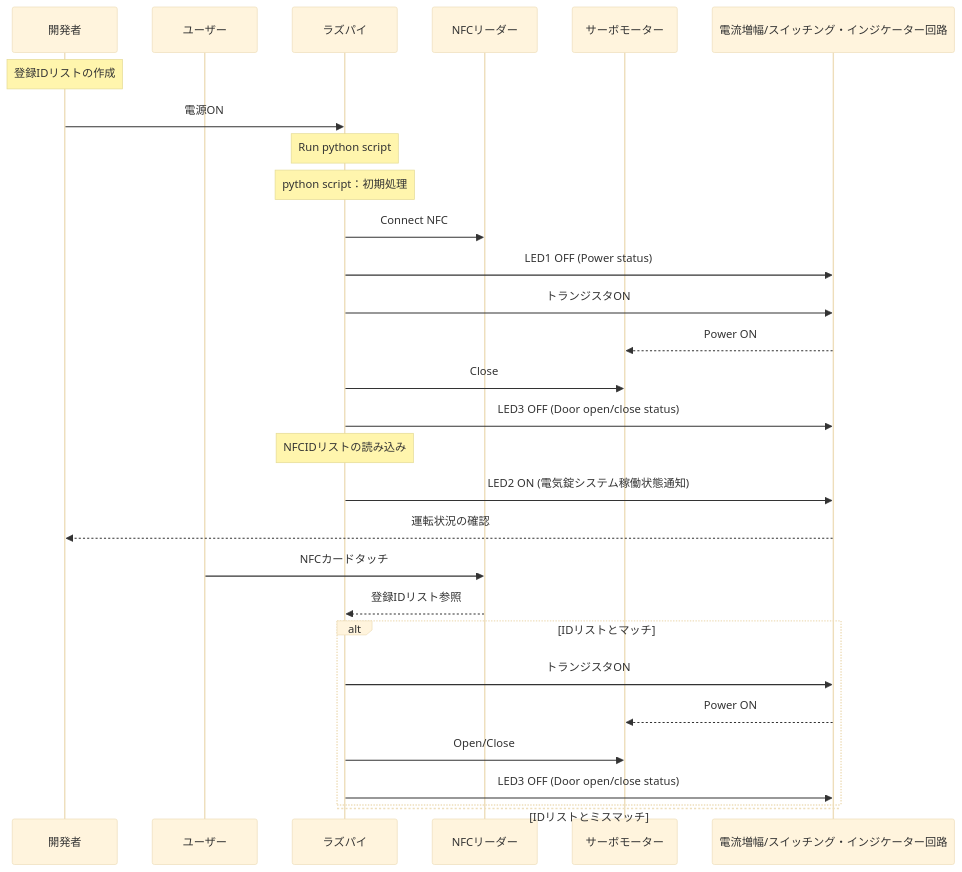
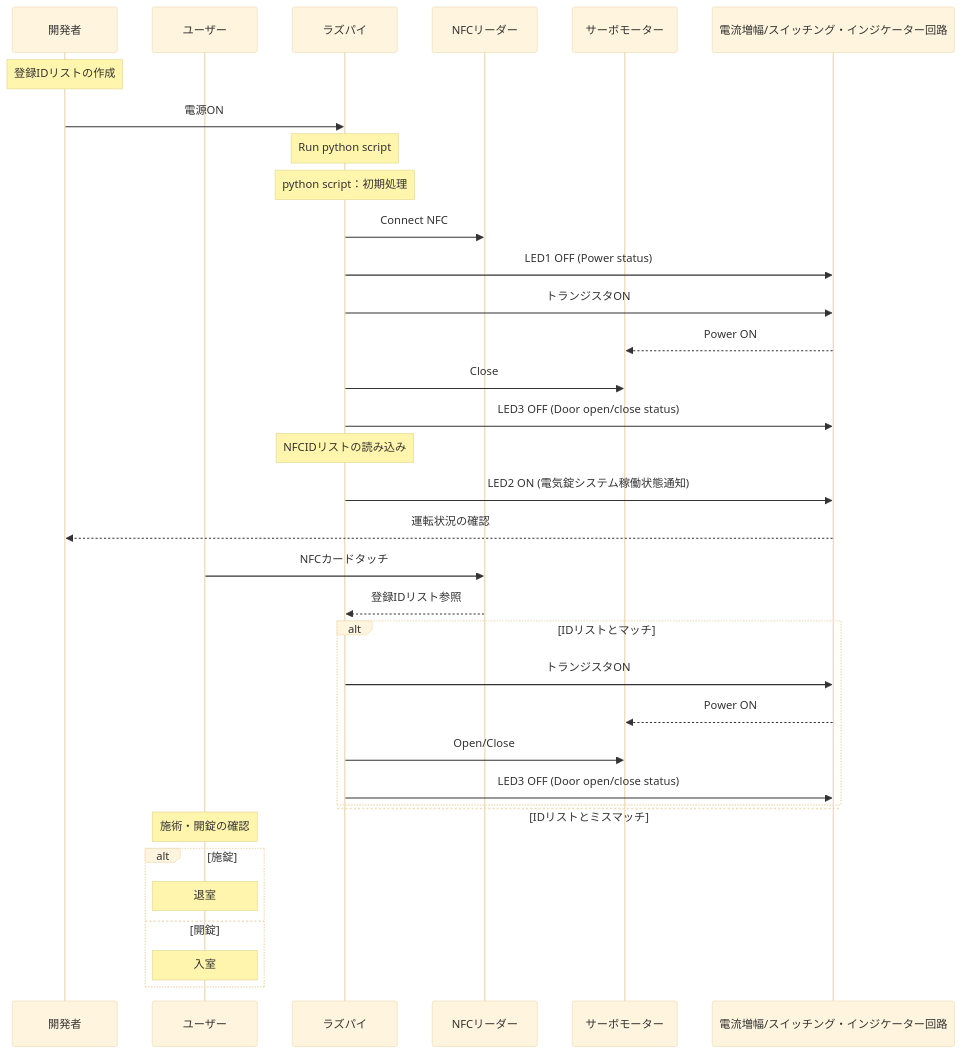
The second of 2 diagrams in memo/SystemMEMO.md (YUKI-SOKENDAI/SmartLock), drawn with Mermaid (base theme) before and after one commit.

````diff
--- a/memo/SystemMEMO.md
+++ b/memo/SystemMEMO.md
@@ -63,40 +63,48 @@
 ```mermaid
 sequenceDiagram
     participant user as 開発者
     participant user1 as ユーザー
     participant raspi as ラズパイ
     participant nfc as NFCリーダー
     participant servo as サーボモーター
     participant circuit as 電流増幅/スイッチング・インジケーター回路
     
     # hoge
     Note over user: 登録IDリストの作成
     user->>raspi: 電源ON
     Note over raspi : Run python script
     Note over raspi : python script：初期処理
     
     raspi->>nfc: Connect NFC
     raspi->>circuit: LED1 OFF (Power status)
     raspi->>circuit: トランジスタON
     circuit-->>servo: Power ON
     raspi->>servo: Close
     raspi->>circuit: LED3 OFF (Door open/close status)
     Note over raspi : NFCIDリストの読み込み
     raspi->>circuit: LED2 ON (電気錠システム稼働状態通知)
     circuit-->>user: 運転状況の確認
     
     user1->>nfc: NFCカードタッチ
     nfc-->>raspi:登録IDリスト参照
     alt IDリストとマッチ
         raspi->>circuit: トランジスタON
         circuit-->>servo: Power ON
         raspi->>servo: Open/Close
         raspi->>circuit: LED3 OFF (Door open/close status)
     else IDリストとミスマッチ
     
     end
     
+    Note over user1 : 施術・開錠の確認
+    
+    alt 施錠
+        Note over user1 :退室
+    else 開錠
+        Note over user1 :入室
+    
+    end
     
     #raspi-->>user: こんにちは！！
 
 ```
````
